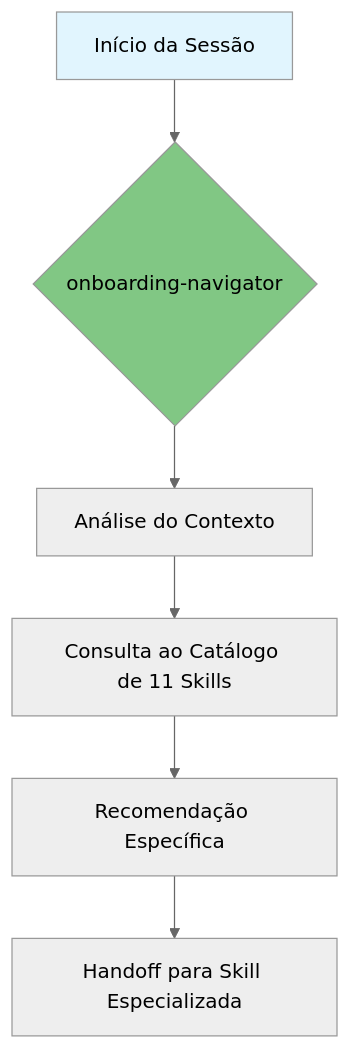
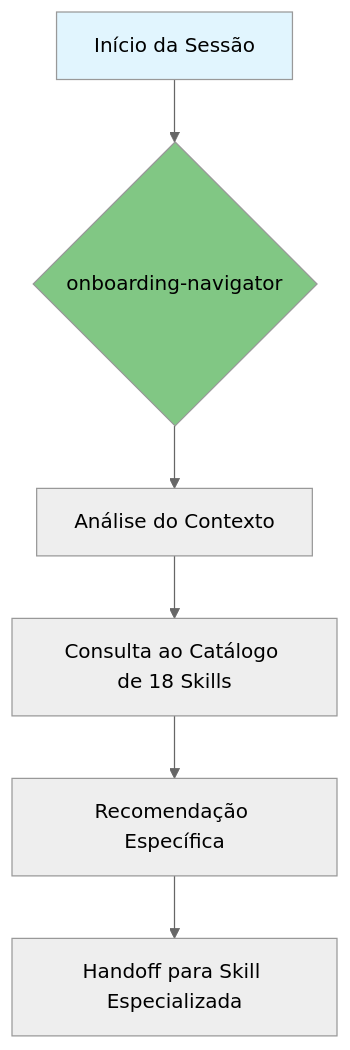
Before and after one commit to KlebersonCollab/skills: the diagram in onboarding-navigator/SKILL.md, drawn with Mermaid (neutral theme). The commit also changed other lines of this file and 24 other files, not shown here.

````diff
--- a/onboarding-navigator/SKILL.md
+++ b/onboarding-navigator/SKILL.md
@@ -48,12 +48,12 @@
 ```mermaid
 flowchart TD
     Start[Início da Sessão] --> Onboarding{onboarding-navigator}
     
     Onboarding --> Analise[Análise do Contexto]
-    Analise --> Catálogo[Consulta ao Catálogo de 11 Skills]
+    Analise --> Catálogo[Consulta ao Catálogo de 18 Skills]
     Catálogo --> Recomendação[Recomendação Específica]
     Recomendação --> Handoff[Handoff para Skill Especializada]
     
     style Start fill:#e1f5fe
     style Onboarding fill:#81c784
 ```
````
